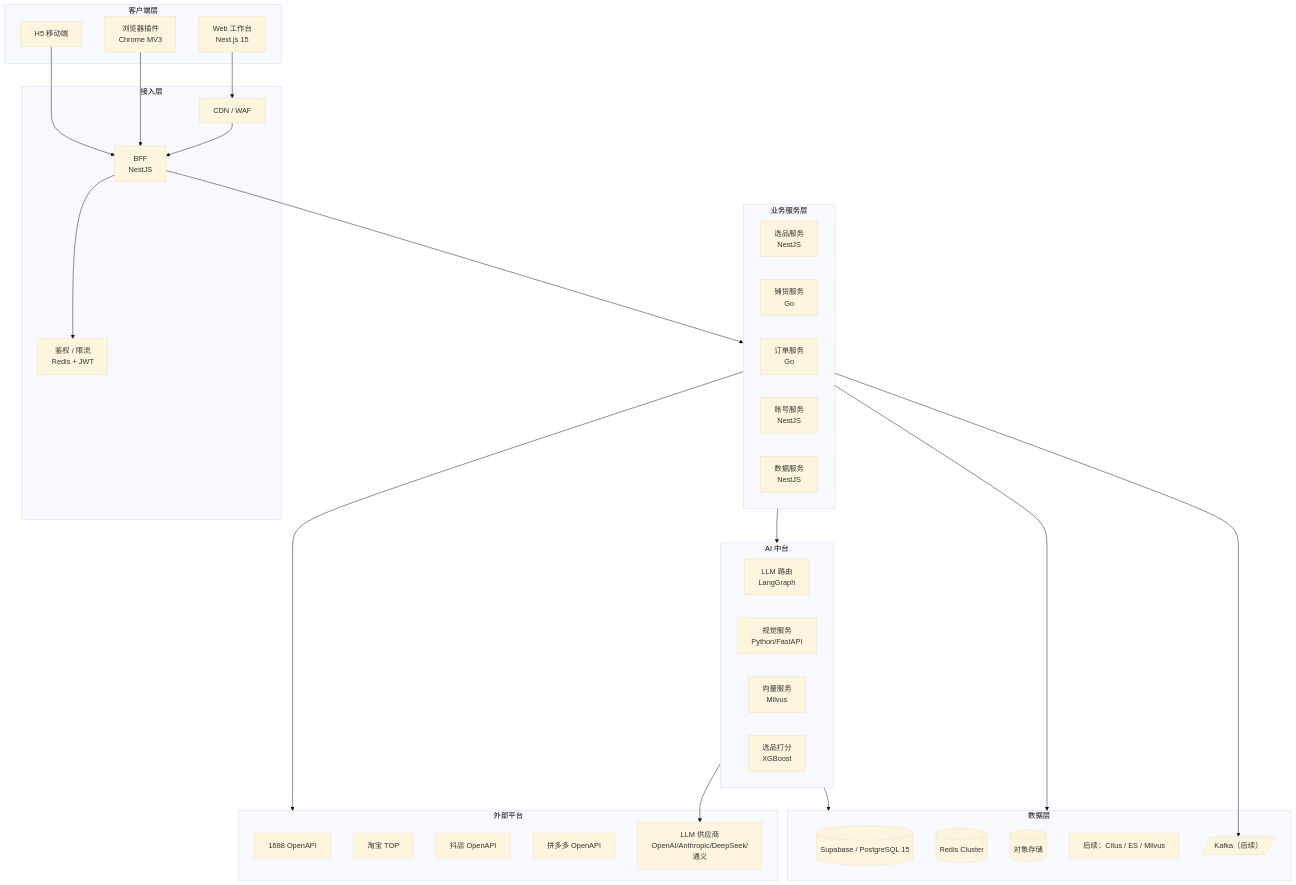
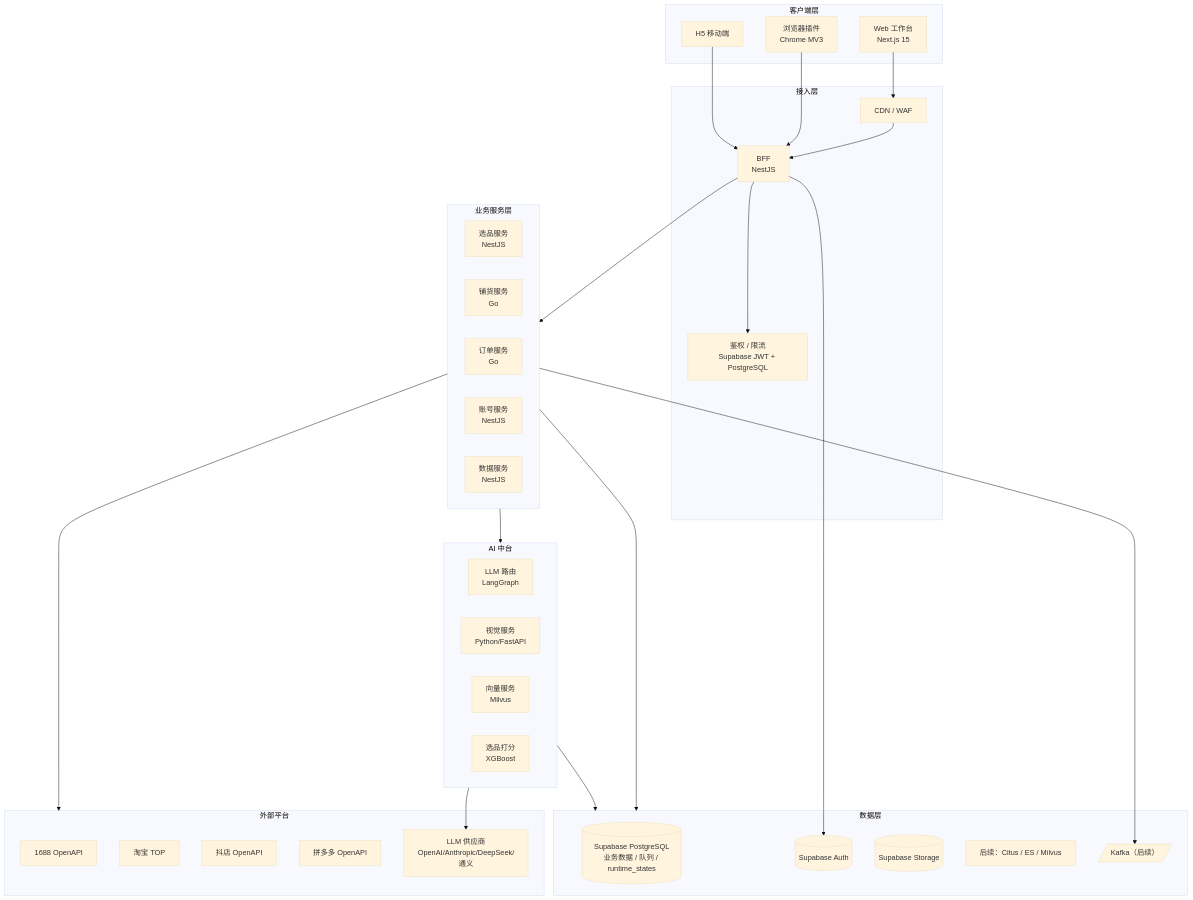
The first of 2 diagrams in docs/03-architecture.md (harzss/supplier), drawn with Mermaid (base theme) before and after one commit. The commit also changed other lines of this file and 100 other files, not shown here.

Commit message:
feat: add Supabase runtime state and SKU editing

````diff
--- a/docs/03-architecture.md
+++ b/docs/03-architecture.md
@@ -7,57 +9,58 @@
 ```mermaid
 flowchart TB
     subgraph Client["客户端层"]
         Web["Web 工作台<br/>Next.js 15"]
         Plugin["浏览器插件<br/>Chrome MV3"]
         H5["H5 移动端"]
     end
 
     subgraph Edge["接入层"]
         CDN["CDN / WAF"]
         BFF["BFF<br/>NestJS"]
-        Auth["鉴权 / 限流<br/>Redis + JWT"]
+        Auth["鉴权 / 限流<br/>Supabase JWT + PostgreSQL"]
     end
 
     subgraph Service["业务服务层"]
         Product["选品服务<br/>NestJS"]
         Publish["铺货服务<br/>Go"]
         Order["订单服务<br/>Go"]
         Account["账号服务<br/>NestJS"]
         Analytics["数据服务<br/>NestJS"]
     end
 
     subgraph AI["AI 中台"]
         Router["LLM 路由<br/>LangGraph"]
         Vision["视觉服务<br/>Python/FastAPI"]
         Embed["向量服务<br/>Milvus"]
         Score["选品打分<br/>XGBoost"]
     end
 
     subgraph Data["数据层"]
-        PostgreSQL[(Supabase / PostgreSQL 15)]
-        Redis[(Redis Cluster)]
-        OSS[(对象存储)]
+        PostgreSQL[("Supabase PostgreSQL<br/>业务数据 / 队列 / runtime_states")]
+        AuthData[(Supabase Auth)]
+        OSS[(Supabase Storage)]
         FutureData["后续：Citus / ES / Milvus"]
         Kafka[/Kafka（后续）/]
     end
 
     subgraph External["外部平台"]
         Ali1688["1688 OpenAPI"]
         TB["淘宝 TOP"]
         DY["抖店 OpenAPI"]
         PDD["拼多多 OpenAPI"]
         LLMs["LLM 供应商<br/>OpenAI/Anthropic/DeepSeek/通义"]
     end
 
     Web --> CDN --> BFF
     Plugin --> BFF
     H5 --> BFF
     BFF --> Auth
     BFF --> Service
     Service --> AI
     Service --> Data
+    BFF --> AuthData
     Service --> External
     AI --> LLMs
     AI --> Data
     Service --> Kafka
 ```
````
